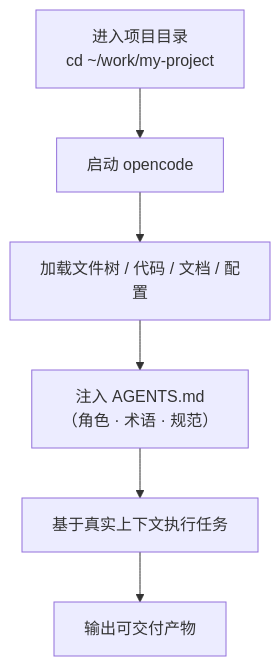
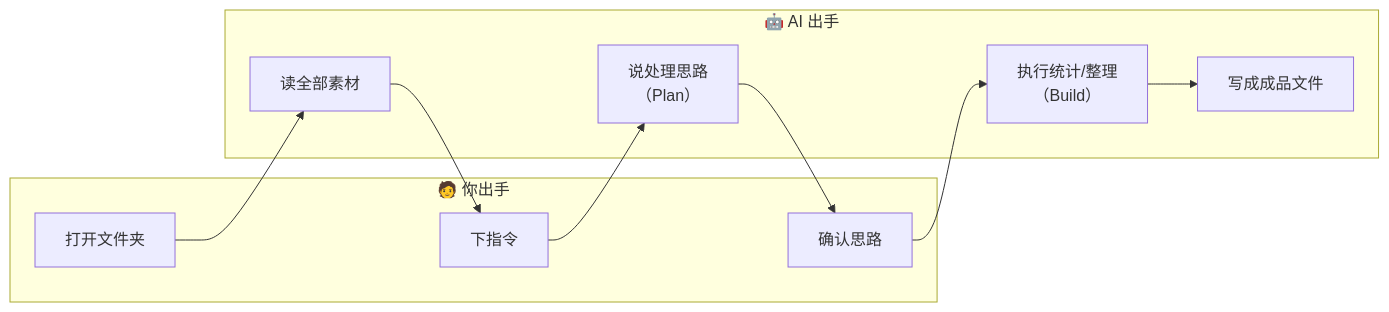
One commit to masonsxu/notes changed the second of 3 diagrams in ppt/ppt1-intro/opencode-getting-started.md. Above: the diagram before and after it, drawn with Mermaid. The commit also changed other lines of this file and 1 other file, not shown here.

First line of the commit message:
refactor: 重写 opencode 入门与进阶文稿，面向非专业人士重构

````diff
--- a/ppt/ppt1-intro/opencode-getting-started.md
+++ b/ppt/ppt1-intro/opencode-getting-started.md
@@ -67,8 +222,20 @@
 ```mermaid
-flowchart TD
-    A["进入项目目录<br/>cd ~/work/my-project"] --> B["启动 opencode"]
-    B --> C["加载文件树 / 代码 / 文档 / 配置"]
-    C --> D["注入 AGENTS.md<br/>（角色 · 术语 · 规范）"]
-    D --> E["基于真实上下文执行任务"]
-    E --> F["输出可交付产物"]
+flowchart LR
+    subgraph YOU["🧑 你出手"]
+        Y1["打开文件夹"]
+        Y2["下指令"]
+        Y3["确认思路"]
+    end
+    subgraph AI["🤖 AI 出手"]
+        A1["读全部素材"]
+        A2["说处理思路<br/>（Plan）"]
+        A3["执行统计/整理<br/>（Build）"]
+        A4["写成成品文件"]
+    end
+    Y1 --> A1
+    A1 --> Y2
+    Y2 --> A2
+    A2 --> Y3
+    Y3 --> A3
+    A3 --> A4
 ```
````
